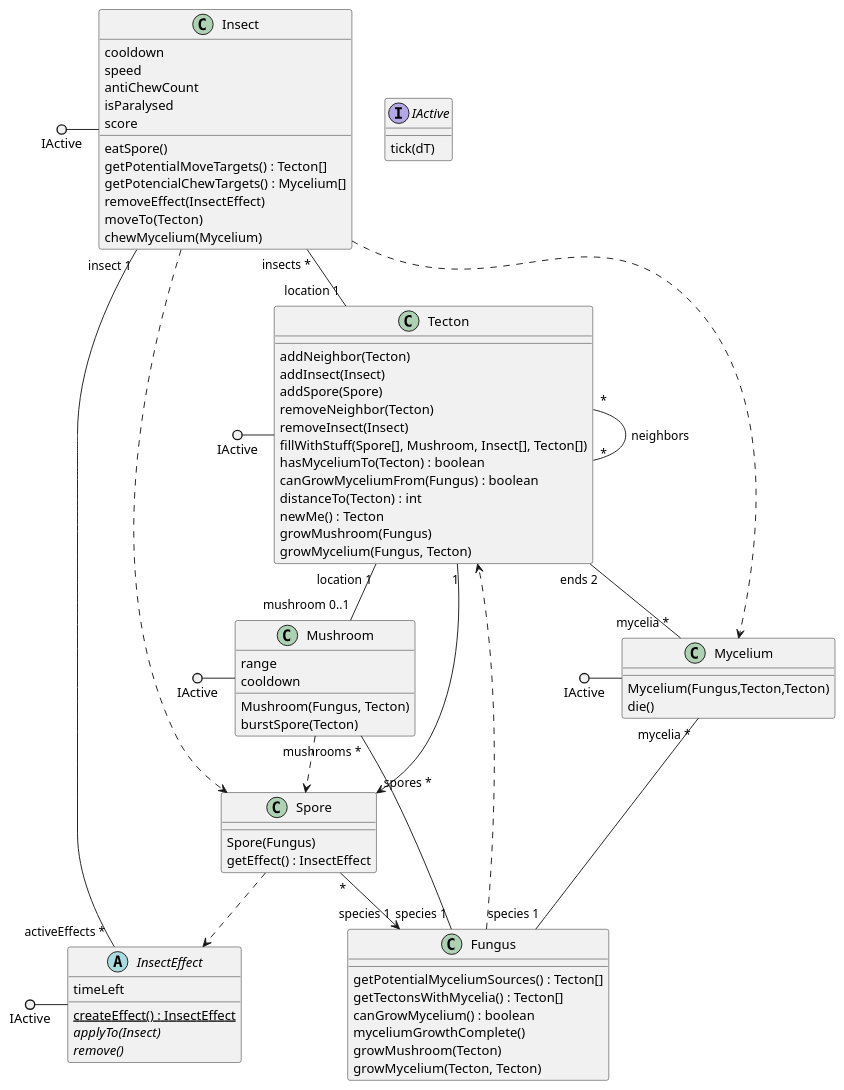
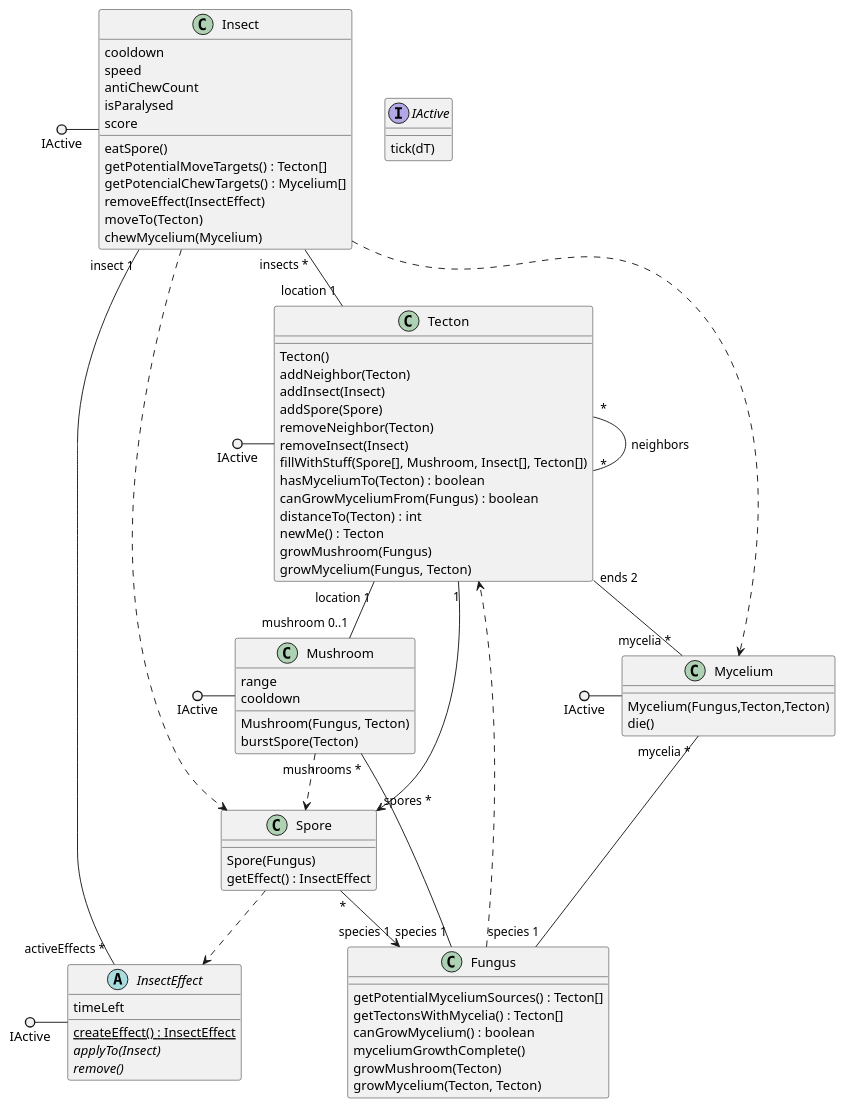
Before and after one commit to ZD4ve/projlab-error521: the diagram in SeqAndClassDiagrams/classes.pu, drawn with PlantUML.

Commit message:
Tecton ctor

```diff
--- a/SeqAndClassDiagrams/classes.pu
+++ b/SeqAndClassDiagrams/classes.pu
@@ -1,84 +1,85 @@
 @startuml classes
 interface IActive {
     tick(dT)
 }
 class Tecton {
+    Tecton()
     addNeighbor(Tecton)
     addInsect(Insect)
     addSpore(Spore)
     removeNeighbor(Tecton)
     removeInsect(Insect)
     fillWithStuff(Spore[], Mushroom, Insect[], Tecton[])
     hasMyceliumTo(Tecton) : boolean
     canGrowMyceliumFrom(Fungus) : boolean
     distanceTo(Tecton) : int
     newMe() : Tecton
     growMushroom(Fungus)
     growMycelium(Fungus, Tecton)
 }
 class Fungus {
     getPotentialMyceliumSources() : Tecton[]
     getTectonsWithMycelia() : Tecton[]
     canGrowMycelium() : boolean
     myceliumGrowthComplete()
     growMushroom(Tecton)
     growMycelium(Tecton, Tecton)
 }
 class Mycelium {
     Mycelium(Fungus,Tecton,Tecton)
     die()
 }
 class Mushroom {
     range
     cooldown
     Mushroom(Fungus, Tecton)
     burstSpore(Tecton)
 }
 class Spore {
     Spore(Fungus)
     getEffect() : InsectEffect
 }
 class Insect {
     cooldown
     speed
     antiChewCount
     isParalysed
     score
     eatSpore()
     getPotentialMoveTargets() : Tecton[]
     getPotencialChewTargets() : Mycelium[]
     removeEffect(InsectEffect)
     moveTo(Tecton)
     chewMycelium(Mycelium)
 }
 abstract InsectEffect {
     timeLeft
     {static} createEffect() : InsectEffect
     {abstract} applyTo(Insect)
     {abstract} remove()
 }
 
 IActive ()- Tecton
 IActive ()- Mushroom
 IActive ()- Mycelium
 IActive ()- Insect
 IActive ()- InsectEffect
 
 Tecton "*" -- "*" Tecton : neighbors
 Tecton "ends 2" -- "mycelia *" Mycelium
 Tecton "1" --> "spores *" Spore
 Tecton "location 1" -- "mushroom 0..1" Mushroom
 
 Mycelium "mycelia *" -- "species 1" Fungus
 Insect "insect 1" -- "activeEffects *" InsectEffect
 Insect "insects *" -- "location 1" Tecton
 Fungus "species 1" -- "mushrooms *" Mushroom
 Spore "*" --> "species 1" Fungus
 
 Fungus ..> Tecton
 Spore ..> InsectEffect
 Insect ..> Mycelium
 Insect ..> Spore
 Mushroom ..> Spore
 
 @enduml
```
